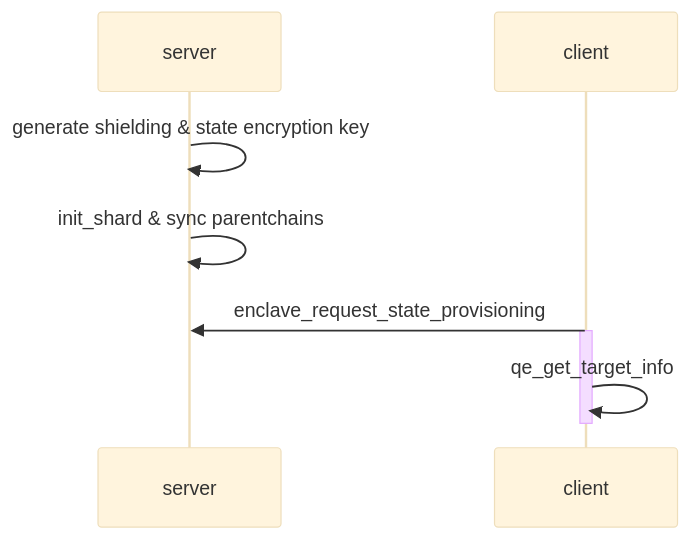
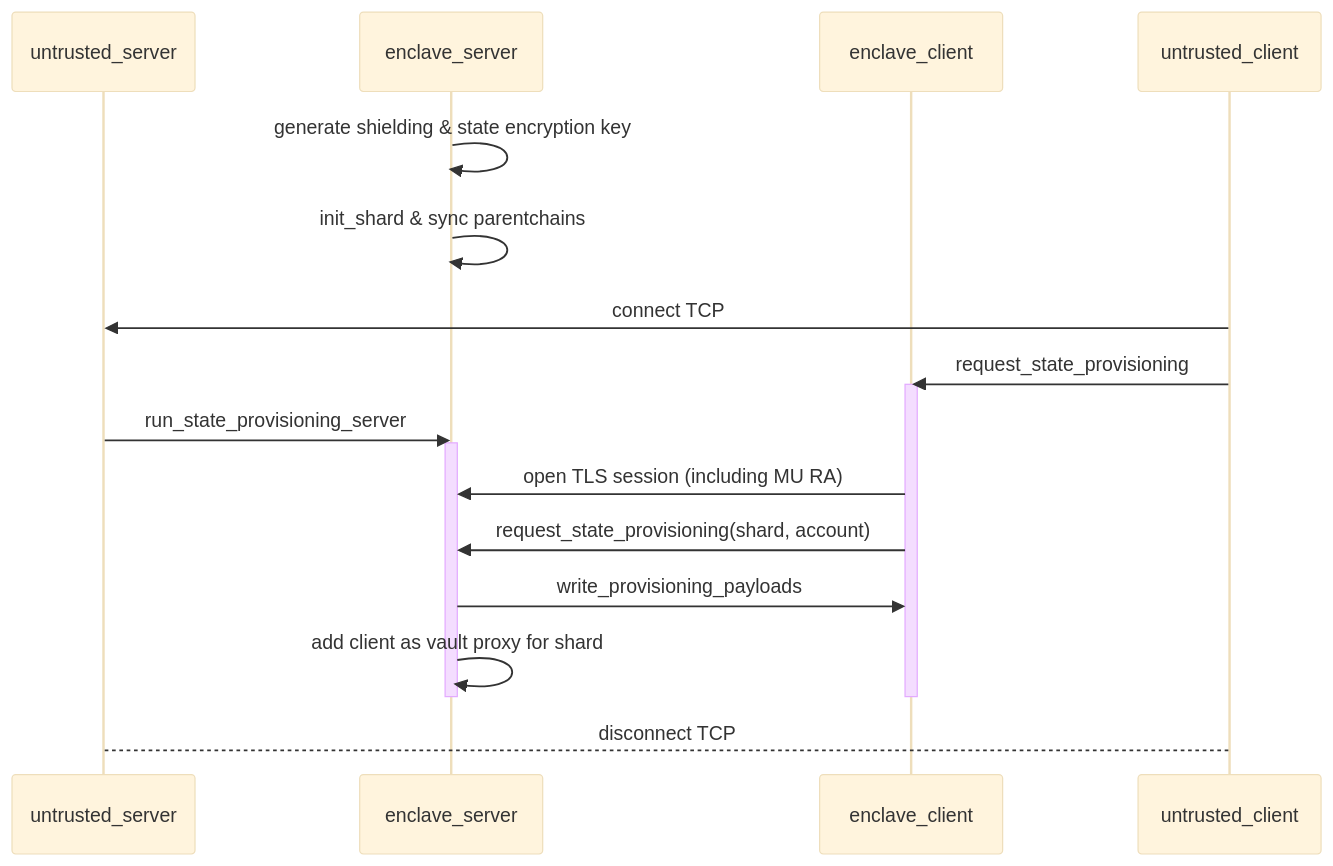
One commit to integritee-network/worker changed the diagram in enclave-runtime/src/tls_ra/README.md. Above: the diagram before and after it, drawn with Mermaid (base theme). The commit also changed 2 other files, not shown here.

````diff
--- a/enclave-runtime/src/tls_ra/README.md
+++ b/enclave-runtime/src/tls_ra/README.md
@@ -7,16 +7,22 @@
 ```mermaid
 sequenceDiagram
-participant server
-participant client
-server ->> server: generate shielding & state encryption key
-server ->> server: init_shard & sync parentchains
-client ->> server: enclave_request_state_provisioning
-activate client
-client ->> client: qe_get_target_info
+participant untrusted_server
+participant enclave_server
+participant enclave_client
+participant untrusted_client
+enclave_server ->> enclave_server: generate shielding & state encryption key
+enclave_server ->> enclave_server: init_shard & sync parentchains
+untrusted_client ->> untrusted_server: connect TCP
+untrusted_client ->> enclave_client: request_state_provisioning
+activate enclave_client
+untrusted_server ->> enclave_server: run_state_provisioning_server
+activate enclave_server
+enclave_client ->> enclave_server: open TLS session (including MU RA)
+enclave_client ->> enclave_server: request_state_provisioning(shard, account)
+enclave_server ->> enclave_client: write_provisioning_payloads
+enclave_server ->> enclave_server: add client as vault proxy for shard
 
-
-
-deactivate client
-
-
+deactivate enclave_client
+deactivate enclave_server
+untrusted_client --> untrusted_server: disconnect TCP
 ```
````
